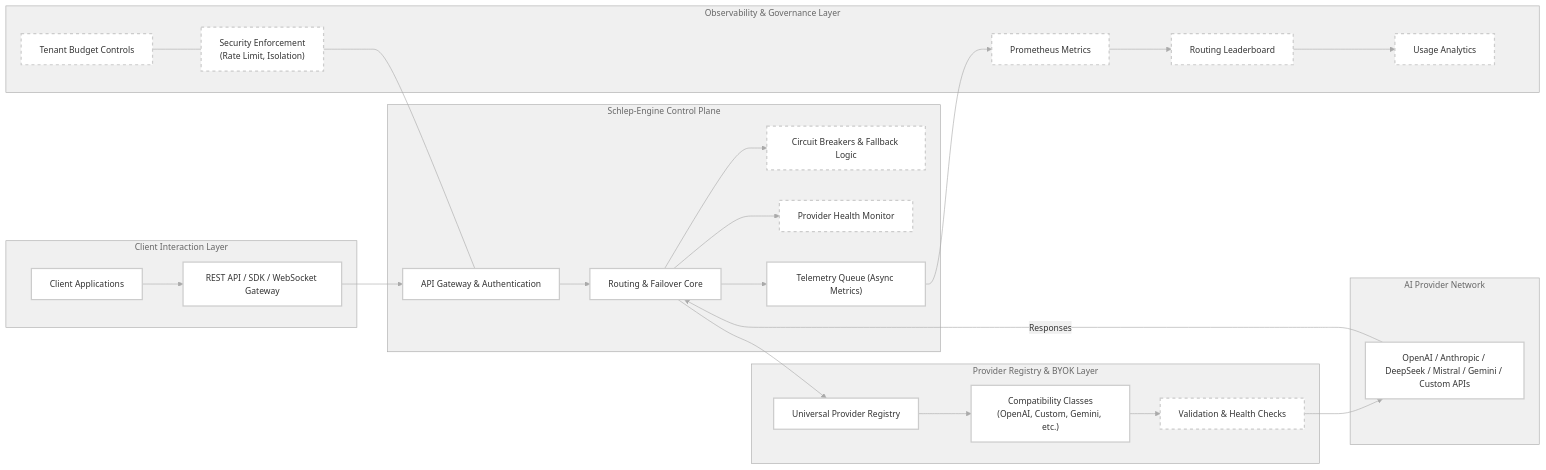
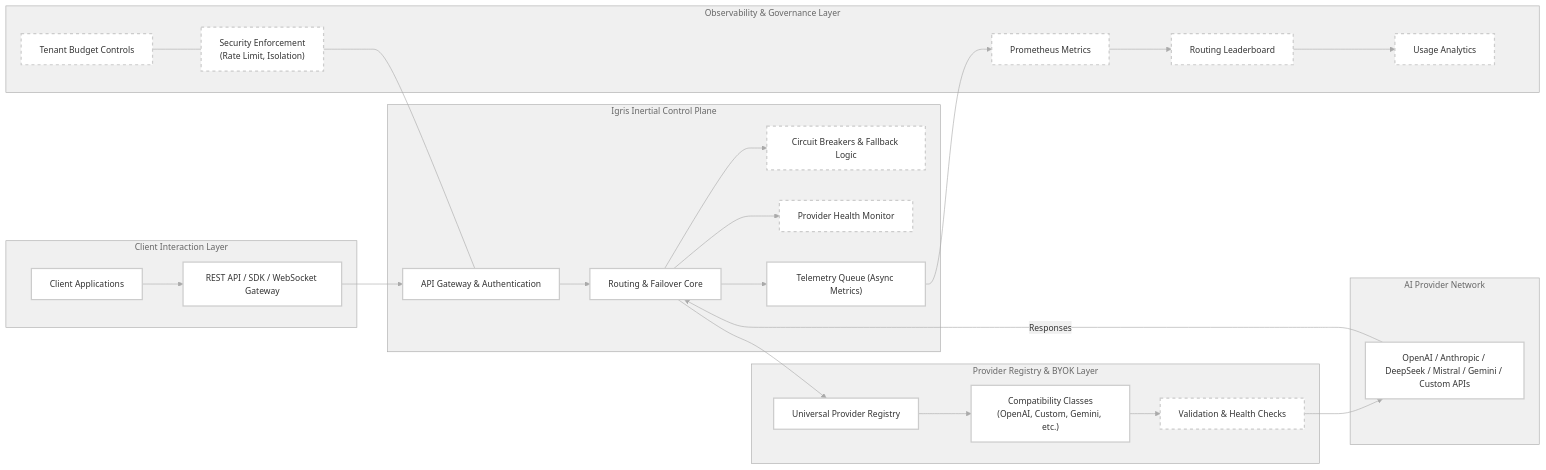
Before and after one commit to rapture-fx/igris: the diagram in docs_int/public/architecture/schlep_engine_public_overview.mmd, drawn with Mermaid. The commit also changed 681 other files, not shown here.

```diff
--- a/docs_int/public/architecture/schlep_engine_public_overview.mmd
+++ b/docs_int/public/architecture/schlep_engine_public_overview.mmd
@@ -1,84 +1,84 @@
 %%{init: {
   "theme": "base",
   "themeVariables": {
     "background": "#ffffff",
     "primaryColor": "#ffffff",
     "secondaryColor": "#f0f0f0",
     "tertiaryColor": "#f0f0f0",
     "primaryTextColor": "#333333",
     "secondaryTextColor": "#555555",
     "tertiaryTextColor": "#666666",
     "lineColor": "#aaaaaa",
     "borderColor": "#aaaaaa",
     "clusterBkg": "#f0f0f0",
     "clusterBorder": "#aaaaaa",
     "fontSize": "14px",
     "fontFamily": "sans-serif"
   }
 }}%%
 graph LR
     subgraph Client Interaction Layer
         A["Client Applications"]
         B["REST API / SDK / WebSocket Gateway"]
     end
 
-    subgraph Schlep-Engine Control Plane
+    subgraph Igris Inertial Control Plane
         C["API Gateway & Authentication"]
         D["Routing & Failover Core"]
         E["Circuit Breakers & Fallback Logic"]
         F["Provider Health Monitor"]
         G["Telemetry Queue (Async Metrics)"]
     end
 
     subgraph Provider Registry & BYOK Layer
         H["Universal Provider Registry"]
         I["Compatibility Classes<br/>(OpenAI, Custom, Gemini, etc.)"]
         J["Validation & Health Checks"]
     end
 
     subgraph Observability & Governance Layer
         K["Prometheus Metrics"]
         L["Routing Leaderboard"]
         M["Usage Analytics"]
         N["Tenant Budget Controls"]
         O["Security Enforcement<br/>(Rate Limit, Isolation)"]
     end
 
     subgraph AI Provider Network
         P["OpenAI / Anthropic / DeepSeek / Mistral / Gemini / Custom APIs"]
     end
 
     A --> B
     B --> C
     C --> D
     D --> E
     D --> F
     D --> H
     H --> I
     I --> J
     J --> P
     P -- "Responses" --> D
     D --> G
     G --> K
     K --> L
     L --> M
     N --- O
     O --- C
 
     style A fill:#ffffff,stroke:#cccccc,stroke-width:2px,shadow:true
     style B fill:#ffffff,stroke:#cccccc,stroke-width:2px,shadow:true
     style C fill:#ffffff,stroke:#cccccc,stroke-width:2px,shadow:true
     style D fill:#ffffff,stroke:#cccccc,stroke-width:2px,shadow:true
     style E fill:#ffffff,stroke:#cccccc,stroke-width:2px,shadow:true,stroke-dasharray: 5 5
     style F fill:#ffffff,stroke:#cccccc,stroke-width:2px,shadow:true,stroke-dasharray: 5 5
     style G fill:#ffffff,stroke:#cccccc,stroke-width:2px,shadow:true
     style H fill:#ffffff,stroke:#cccccc,stroke-width:2px,shadow:true
     style I fill:#ffffff,stroke:#cccccc,stroke-width:2px,shadow:true
 
     style J fill:#ffffff,stroke:#cccccc,stroke-width:2px,shadow:true,stroke-dasharray: 5 5
     style K fill:#ffffff,stroke:#cccccc,stroke-width:2px,shadow:true,stroke-dasharray: 5 5
     style L fill:#ffffff,stroke:#cccccc,stroke-width:2px,shadow:true,stroke-dasharray: 5 5
     style M fill:#ffffff,stroke:#cccccc,stroke-width:2px,shadow:true,stroke-dasharray: 5 5
     style N fill:#ffffff,stroke:#cccccc,stroke-width:2px,shadow:true,stroke-dasharray: 5 5
     style O fill:#ffffff,stroke:#cccccc,stroke-width:2px,shadow:true,stroke-dasharray: 5 5
     style P fill:#ffffff,stroke:#cccccc,stroke-width:2px,shadow:true
```
